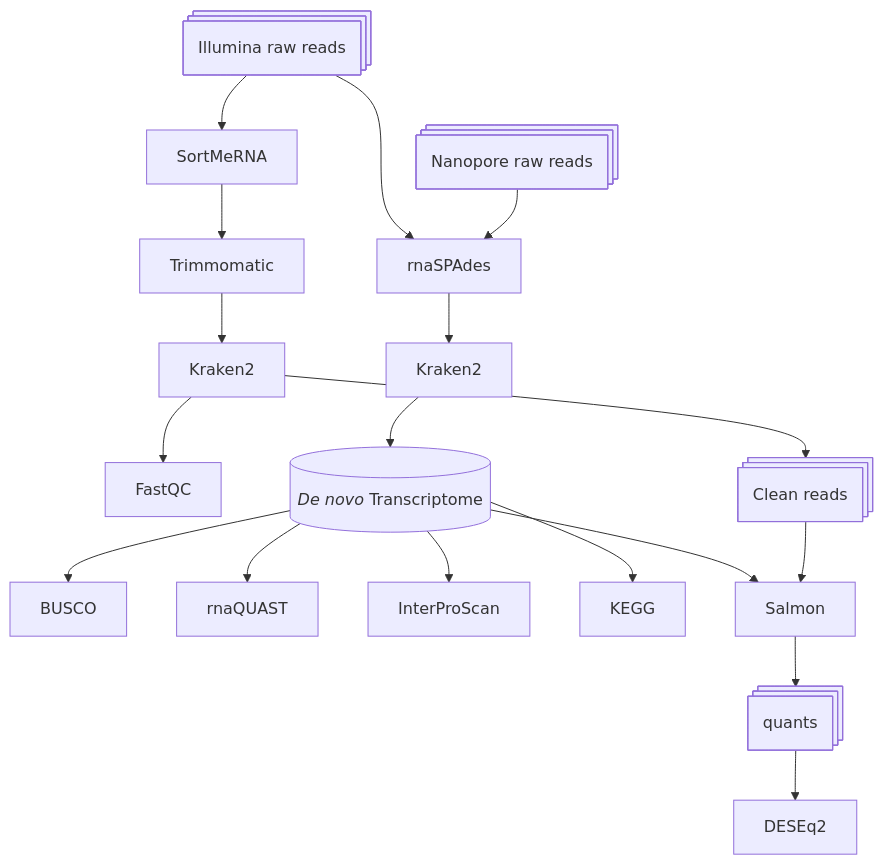
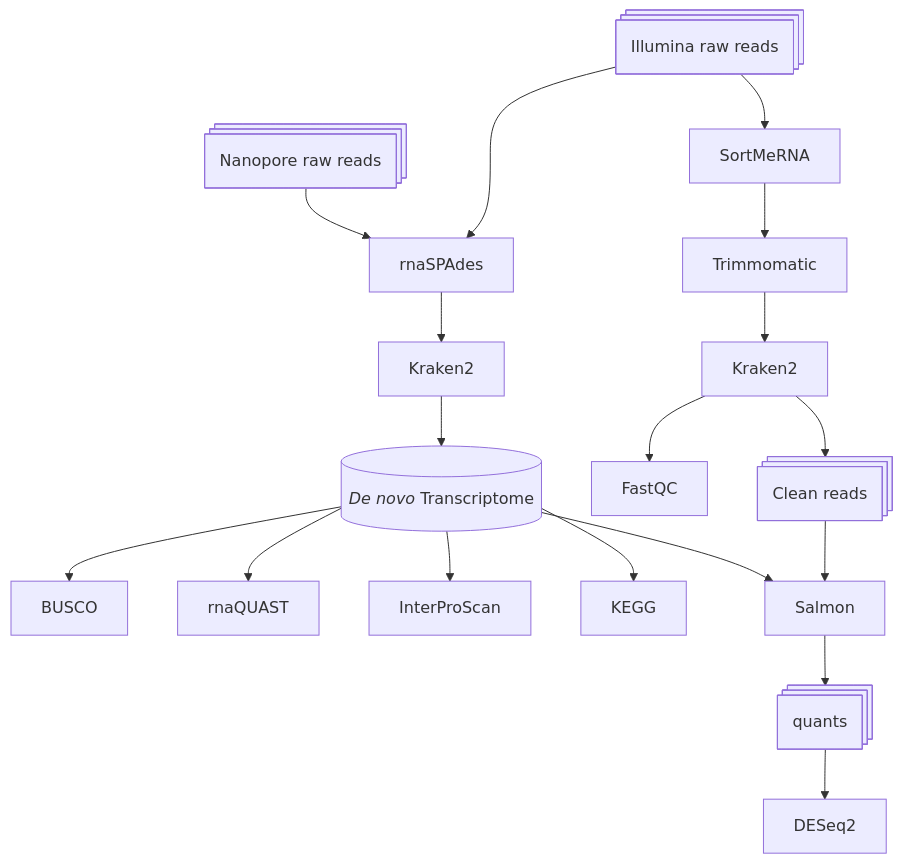
The diagram in README.md (kuprinak/Phragmites_drought_RNAseq), drawn with Mermaid before and after one commit.

````diff
--- a/README.md
+++ b/README.md
@@ -6,20 +6,20 @@
 ```mermaid
 flowchart TB
     A@{shape: procs, label: "Illumina raw reads"} --> B[SortMeRNA];
+AA@{shape: procs, label: "Nanopore raw reads"} --> G[rnaSPAdes];
+K2 -->T@{shape: cyl, label: "_De novo_ Transcriptome"};
     B --> C[Trimmomatic];
     C --> K[Kraken2];
     K --> E[FastQC];
     K --> F@{shape: procs, label: "Clean reads"};
     A --> G[rnaSPAdes];
-    AA@{shape: procs, label: "Nanopore raw reads"} --> G[rnaSPAdes];
     G --> K2[Kraken2];
-    K2 -->T@{shape: cyl, label: "_De novo_ Transcriptome"};
     T --> BU[BUSCO];
     T --> Q[rnaQUAST];
     T --> I[InterProScan];
     T --> KEGG[KEGG];  
     T --> S[Salmon];
     F --> S[Salmon];
     S --> q@{shape: procs, label: "quants"};
-    q --> R[DESEq2];
+    q --> R[DESeq2];
 ```
````
